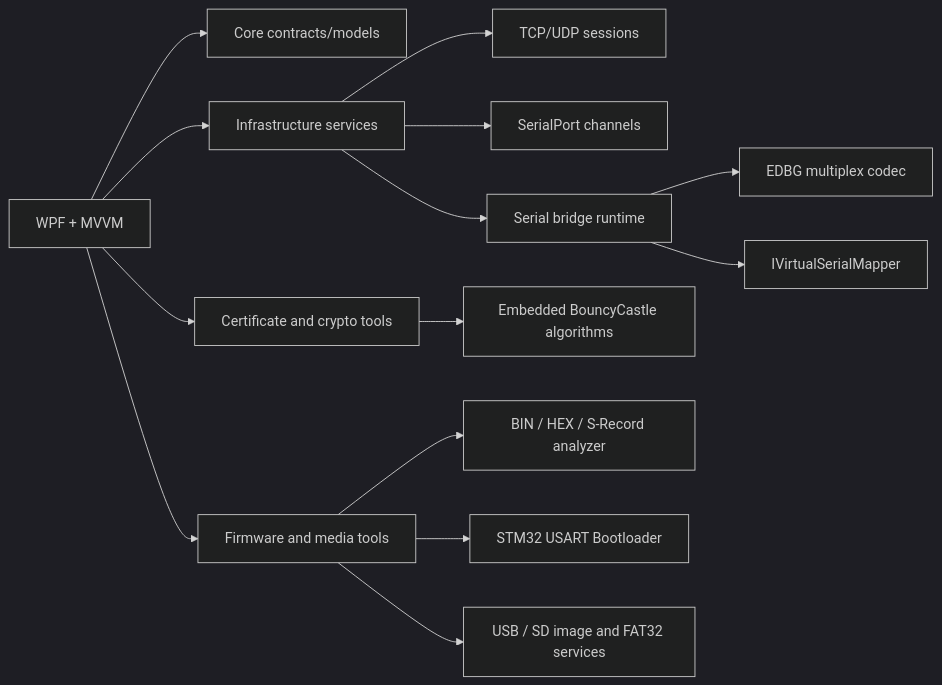
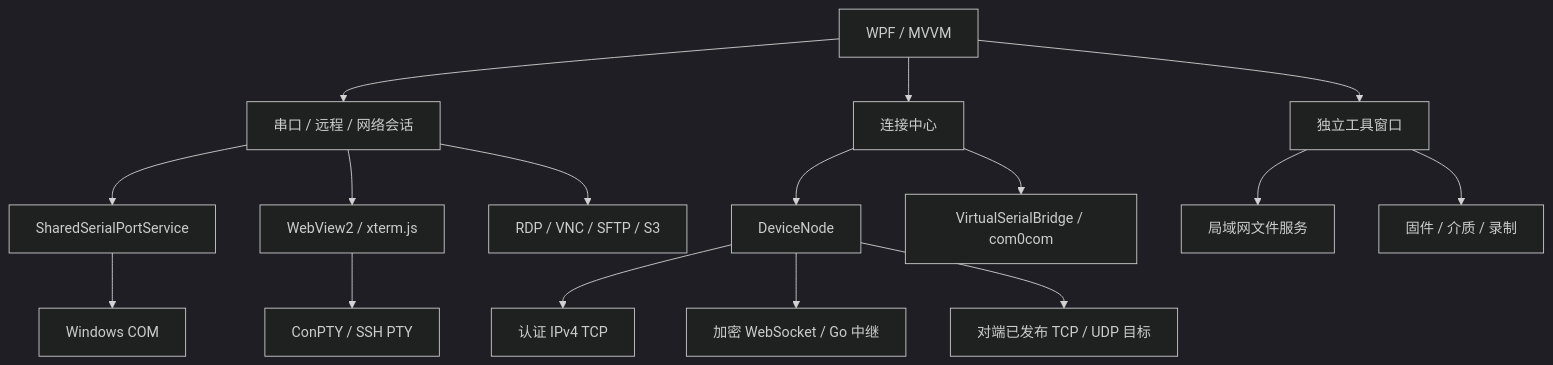
One commit to Daofengql/EmbedDesk changed the diagram in docs/Architecture.md. Above: the diagram before and after it, drawn with Mermaid (dark theme). The commit also changed other lines of this file and 141 other files, not shown here.

Commit message:
feat: add embedded debug tools and shared services

````diff
--- a/docs/Architecture.md
+++ b/docs/Architecture.md
@@ -3,16 +18,16 @@
 ```mermaid
-flowchart LR
-  UI[WPF + MVVM] --> Core[Core contracts/models]
-  UI --> Infra[Infrastructure services]
-  Infra --> Net[TCP/UDP sessions]
-  Infra --> Serial[SerialPort channels]
-  Infra --> Bridge[Serial bridge runtime]
-  Bridge --> Proto[EDBG multiplex codec]
-  Bridge --> Driver[IVirtualSerialMapper]
-  UI --> Firmware[Firmware and media tools]
-  UI --> Security[Certificate and crypto tools]
-  Security --> BouncyCastle[Embedded BouncyCastle algorithms]
-  Firmware --> Images[BIN / HEX / S-Record analyzer]
-  Firmware --> STM32[STM32 USART Bootloader]
-  Firmware --> Media[USB / SD image and FAT32 services]
+flowchart TB
+    UI[WPF / MVVM] --> Sessions[串口 / 远程 / 网络会话]
+    UI --> Center[连接中心]
+    UI --> Tools[独立工具窗口]
+    Sessions --> Serial[SharedSerialPortService] --> COM[Windows COM]
+    Sessions --> Terminal[WebView2 / xterm.js] --> PTY[ConPTY / SSH PTY]
+    Sessions --> Remote[RDP / VNC / SFTP / S3]
+    Center --> Node[DeviceNode]
+    Node --> Direct[认证 IPv4 TCP]
+    Node --> Relay[加密 WebSocket / Go 中继]
+    Node --> Targets[对端已发布 TCP / UDP 目标]
+    Center --> Virtual[VirtualSerialBridge / com0com]
+    Tools --> Files[局域网文件服务]
+    Tools --> Firmware[固件 / 介质 / 录制]
 ```
````
